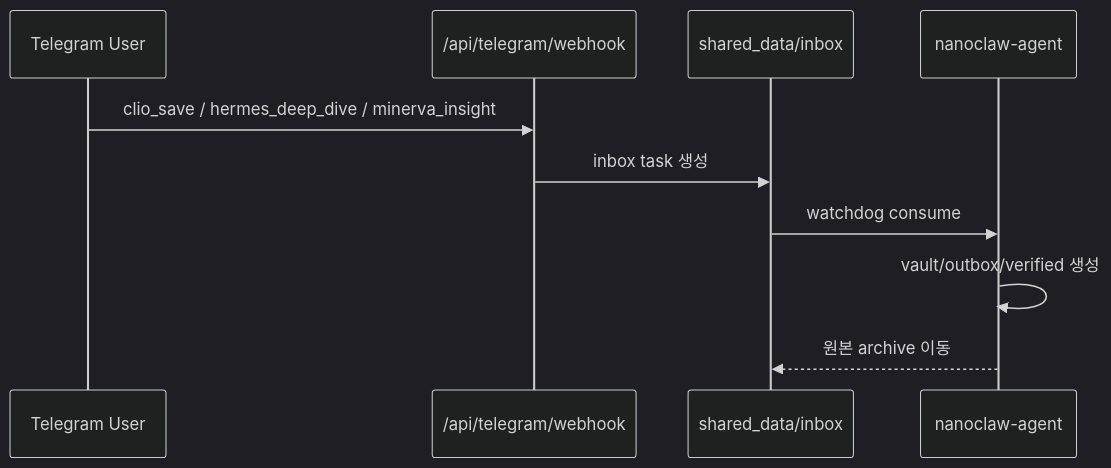
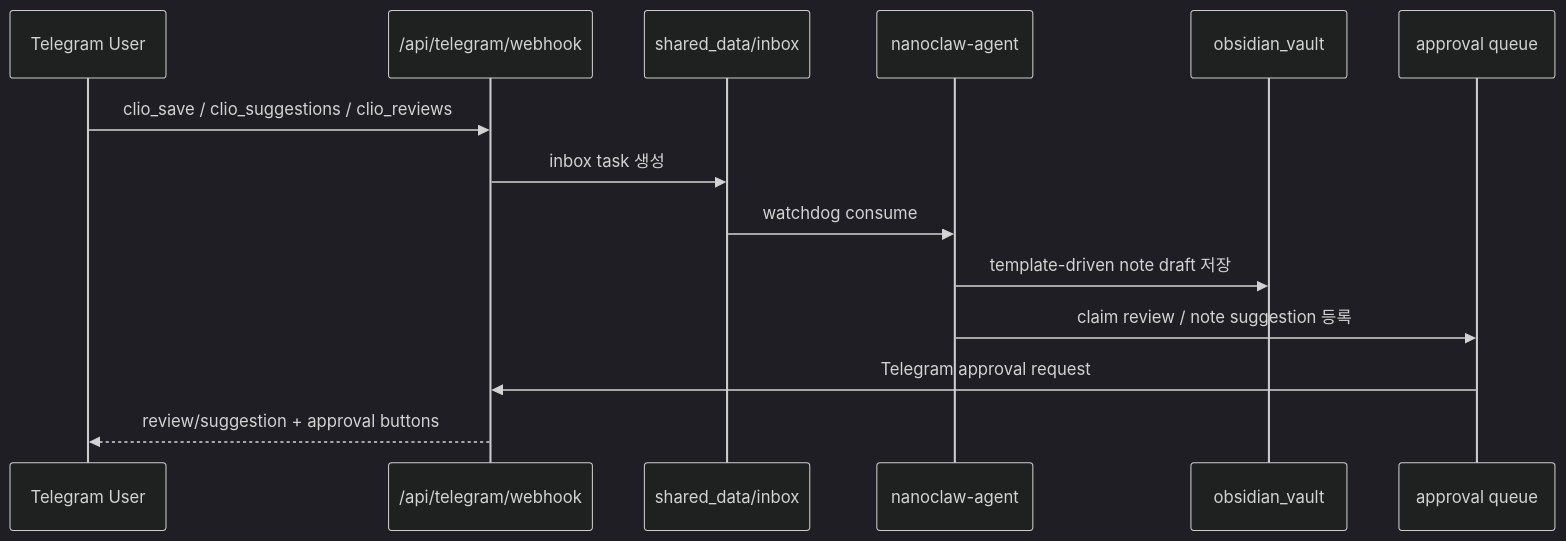
The fourth of 5 diagrams in docs/ARCHITECTURE.md (Merchantlee99/Personal-AI-agent-v2), drawn with Mermaid (dark theme) before and after one commit. The commit also changed other lines of this file and 172 other files, not shown here.

````diff
--- a/docs/ARCHITECTURE.md
+++ b/docs/ARCHITECTURE.md
@@ -100,13 +163,17 @@
 ```mermaid
 sequenceDiagram
   participant U as Telegram User
   participant W as /api/telegram/webhook
   participant I as shared_data/inbox
   participant A as nanoclaw-agent
+  participant V as obsidian_vault
+  participant Q as approval queue
 
-  U->>W: clio_save / hermes_deep_dive / minerva_insight
+  U->>W: clio_save / clio_suggestions / clio_reviews
   W->>I: inbox task 생성
   I->>A: watchdog consume
-  A->>A: vault/outbox/verified 생성
-  A-->>I: 원본 archive 이동
+  A->>V: template-driven note draft 저장
+  A->>Q: claim review / note suggestion 등록
+  Q->>W: Telegram approval request
+  W-->>U: review/suggestion + approval buttons
 ```
````
